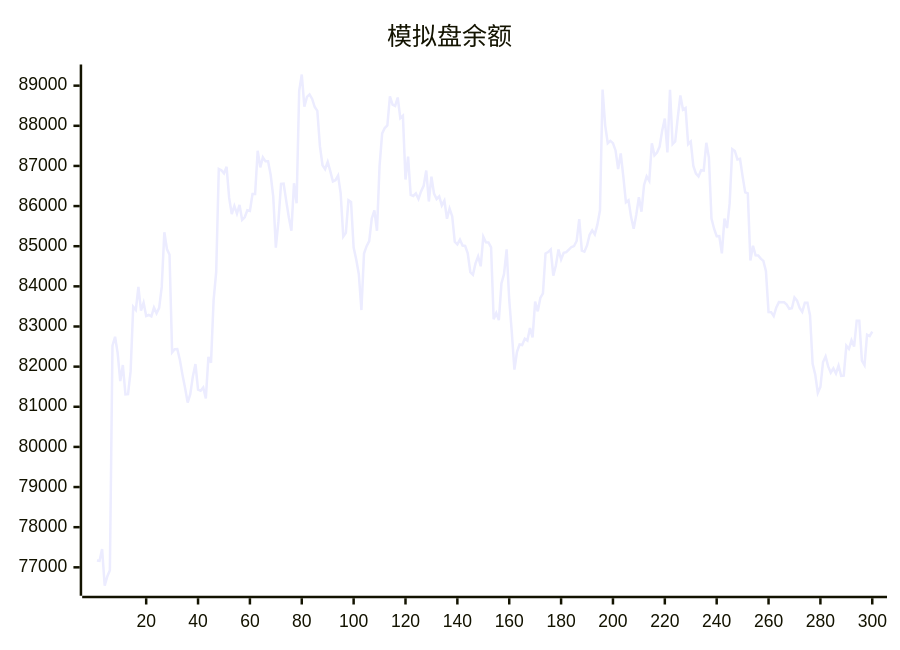
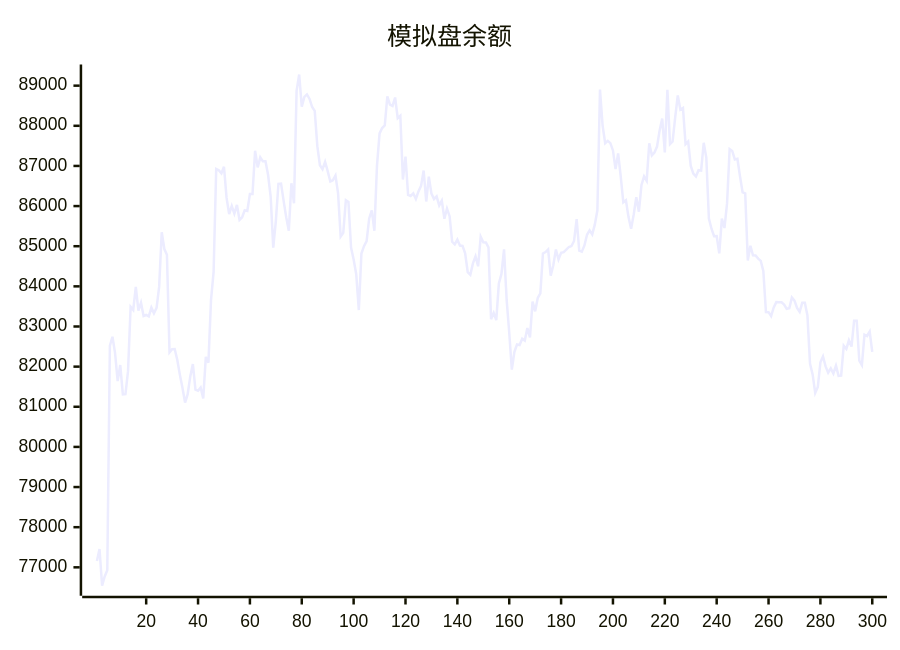
One commit to aahl/ai-trading changed the diagram in README.md. Above: the diagram before and after it, drawn with Mermaid. The commit also changed other lines of this file and 1 other file, not shown here.

````diff
--- a/README.md
+++ b/README.md
@@ -5,5 +5,5 @@
 ```mermaid
 xychart
     title "模拟盘余额"
-    line [77170,77160,77456,76541,76774,76927,82520,82744,82337,81639,82040,81307,81314,81887,83490,83414,83984,83396,83594,83261,83287,83253,83470,83327,83465,83987,85348,84930,84786,82355,82433,82438,82167,81795,81466,81105,81315,81756,82064,81426,81398,81481,81210,82242,82099,83658,84359,86925,86892,86814,86980,86203,85802,86003,85811,86028,85657,85721,85896,85880,86300,86299,87378,86965,87214,87115,87118,86780,86238,84966,85623,86555,86562,86129,85722,85387,86569,86070,88870,89278,88477,88720,88781,88668,88467,88372,87493,87018,86917,87102,86870,86613,86644,86758,86317,85242,85334,86149,86106,84968,84671,84302,83410,84816,85001,85127,85693,85891,85384,87001,87811,87945,88007,88734,88528,88495,88705,88189,88248,86662,87234,86279,86251,86314,86177,86364,86503,86886,86114,86731,86310,86176,86240,86017,86136,85685,85938,85749,85111,85044,85164,85016,85008,84824,84354,84287,84572,84745,84500,85234,85096,85095,84970,83180,83338,83157,84070,84309,84922,83667,82850,81924,82369,82552,82539,82695,82648,82962,82728,83619,83378,83710,83825,84819,84854,84917,84265,84527,84919,84668,84834,84850,84916,84981,85004,85131,85674,84891,84864,85019,85284,85393,85294,85538,85894,88904,88012,87567,87625,87568,87386,86920,87313,86737,86094,86143,85725,85437,85787,86219,85859,86526,86740,86630,87563,87264,87335,87483,87886,88180,87335,88894,87544,87608,88207,88755,88401,88444,87543,87608,87000,86810,86740,86894,86884,87576,87209,85686,85435,85251,85255,84820,85689,85453,86066,87420,87373,87161,87178,86740,86341,86315,84643,85012,84772,84768,84690,84635,84376,83360,83357,83259,83474,83608,83606,83602,83548,83440,83454,83724,83644,83464,83365,83590,83592,83275,82072,81806,81344,81492,82109,82254,82006,81848,81955,81829,82022,81769,81776,82522,82441,82656,82498,83144,83144,82150,82038,82797,82763,82872]
+    line [77160,77456,76541,76774,76927,82520,82744,82337,81639,82040,81307,81314,81887,83490,83414,83984,83396,83594,83261,83287,83253,83470,83327,83465,83987,85348,84930,84786,82355,82433,82438,82167,81795,81466,81105,81315,81756,82064,81426,81398,81481,81210,82242,82099,83658,84359,86925,86892,86814,86980,86203,85802,86003,85811,86028,85657,85721,85896,85880,86300,86299,87378,86965,87214,87115,87118,86780,86238,84966,85623,86555,86562,86129,85722,85387,86569,86070,88870,89278,88477,88720,88781,88668,88467,88372,87493,87018,86917,87102,86870,86613,86644,86758,86317,85242,85334,86149,86106,84968,84671,84302,83410,84816,85001,85127,85693,85891,85384,87001,87811,87945,88007,88734,88528,88495,88705,88189,88248,86662,87234,86279,86251,86314,86177,86364,86503,86886,86114,86731,86310,86176,86240,86017,86136,85685,85938,85749,85111,85044,85164,85016,85008,84824,84354,84287,84572,84745,84500,85234,85096,85095,84970,83180,83338,83157,84070,84309,84922,83667,82850,81924,82369,82552,82539,82695,82648,82962,82728,83619,83378,83710,83825,84819,84854,84917,84265,84527,84919,84668,84834,84850,84916,84981,85004,85131,85674,84891,84864,85019,85284,85393,85294,85538,85894,88904,88012,87567,87625,87568,87386,86920,87313,86737,86094,86143,85725,85437,85787,86219,85859,86526,86740,86630,87563,87264,87335,87483,87886,88180,87335,88894,87544,87608,88207,88755,88401,88444,87543,87608,87000,86810,86740,86894,86884,87576,87209,85686,85435,85251,85255,84820,85689,85453,86066,87420,87373,87161,87178,86740,86341,86315,84643,85012,84772,84768,84690,84635,84376,83360,83357,83259,83474,83608,83606,83602,83548,83440,83454,83724,83644,83464,83365,83590,83592,83275,82072,81806,81344,81492,82109,82254,82006,81848,81955,81829,82022,81769,81776,82522,82441,82656,82498,83144,83144,82150,82038,82797,82763,82872,82367]
 ```
````
